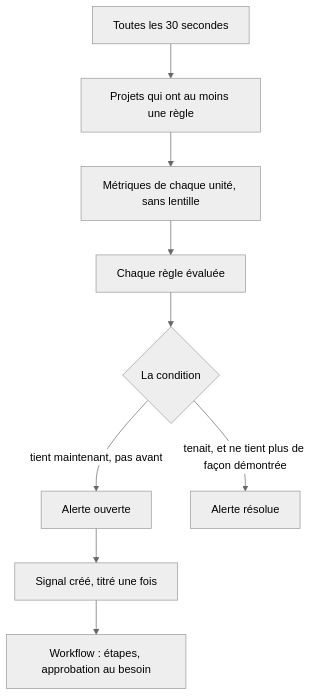
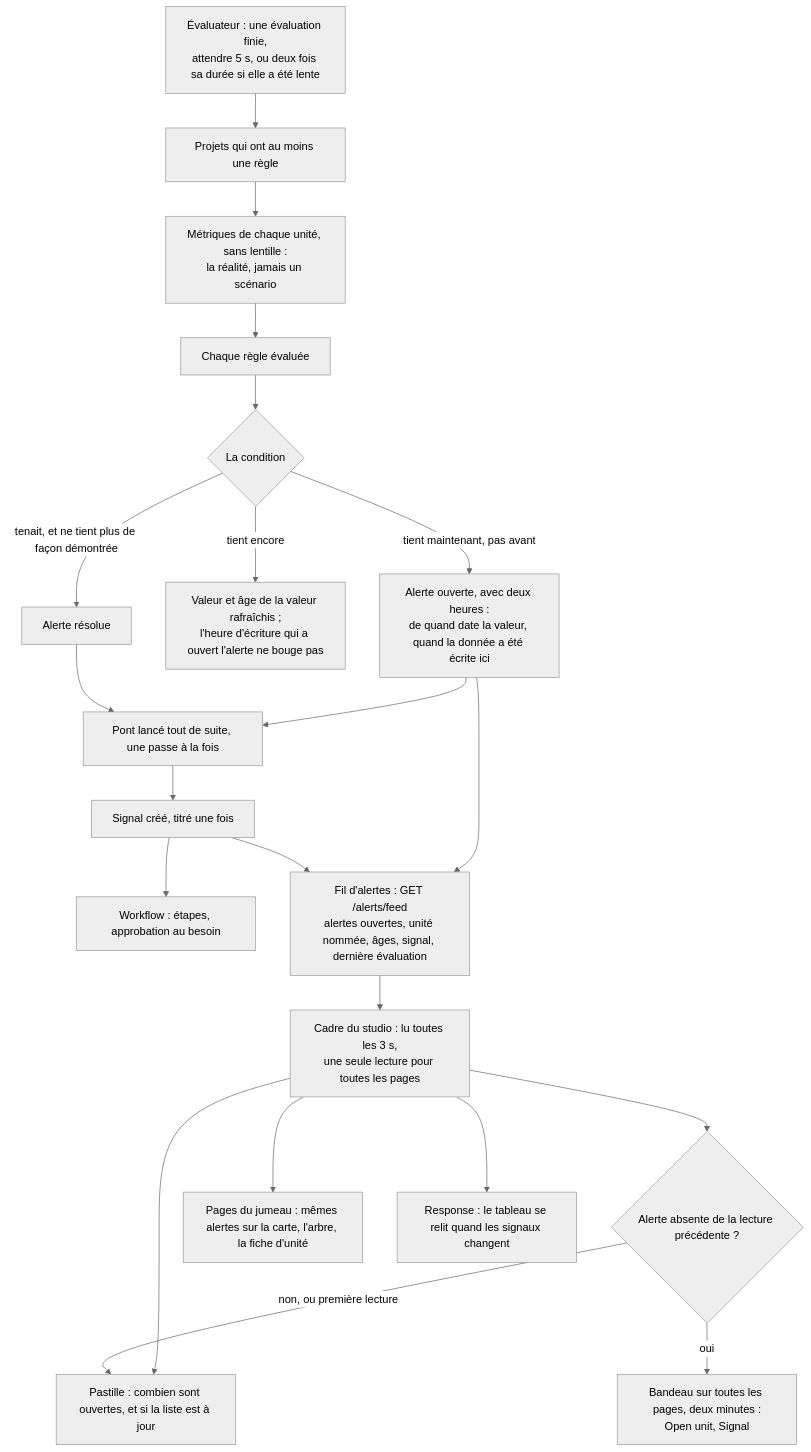
Diagram 27 of 30 in docs/algorithms.md (V1ktor7/obscyro), drawn with Mermaid (neutral theme) before and after one commit. The commit also changed other lines of this file and 27 other files, not shown here.

````diff
--- a/docs/algorithms.md
+++ b/docs/algorithms.md
@@ -780,11 +780,23 @@
 ```mermaid
 flowchart TD
-    A["Toutes les 30 secondes"] --> B["Projets qui ont au moins une règle"]
-    B --> C["Métriques de chaque unité, sans lentille"]
+    A["Évaluateur : une évaluation finie,<br/>attendre 5 s, ou deux fois sa durée si elle a été lente"] --> B["Projets qui ont au moins une règle"]
+    B --> C["Métriques de chaque unité, sans lentille :<br/>la réalité, jamais un scénario"]
     C --> D["Chaque règle évaluée"]
     D --> E{"La condition"}
-    E -->|"tient maintenant, pas avant"| F["Alerte ouverte"]
+    E -->|"tient maintenant, pas avant"| F["Alerte ouverte, avec deux heures :<br/>de quand date la valeur, quand la donnée a été écrite ici"]
+    E -->|"tient encore"| F2["Valeur et âge de la valeur rafraîchis ;<br/>l'heure d'écriture qui a ouvert l'alerte ne bouge pas"]
     E -->|"tenait, et ne tient plus de façon démontrée"| G["Alerte résolue"]
-    F --> H["Signal créé, titré une fois"]
-    H --> I["Workflow : étapes, approbation au besoin"]
+    F --> H["Pont lancé tout de suite, une passe à la fois"]
+    G --> H
+    H --> I["Signal créé, titré une fois"]
+    I --> J["Workflow : étapes, approbation au besoin"]
+    F --> K["Fil d'alertes : GET /alerts/feed<br/>alertes ouvertes, unité nommée, âges, signal, dernière évaluation"]
+    I --> K
+    K --> L["Cadre du studio : lu toutes les 3 s,<br/>une seule lecture pour toutes les pages"]
+    L --> M["Pastille : combien sont ouvertes, et si la liste est à jour"]
+    L --> N{"Alerte absente de la lecture précédente ?"}
+    N -->|"oui"| O["Bandeau sur toutes les pages, deux minutes :<br/>Open unit, Signal"]
+    N -->|"non, ou première lecture"| M
+    L --> P["Pages du jumeau : mêmes alertes sur la carte, l'arbre, la fiche d'unité"]
+    L --> Q["Response : le tableau se relit quand les signaux changent"]
 ```
````
